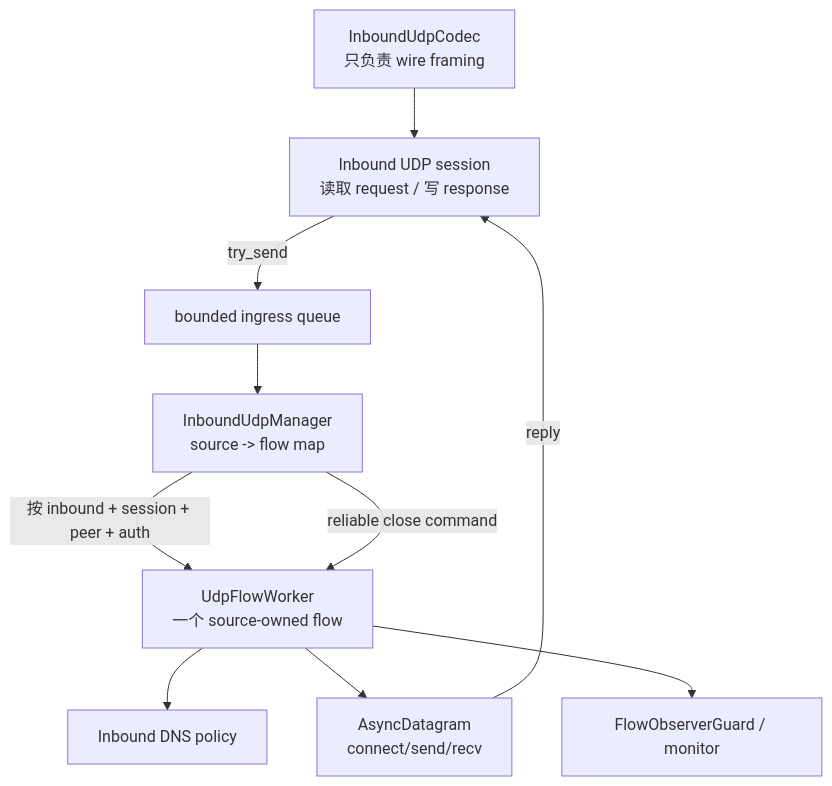
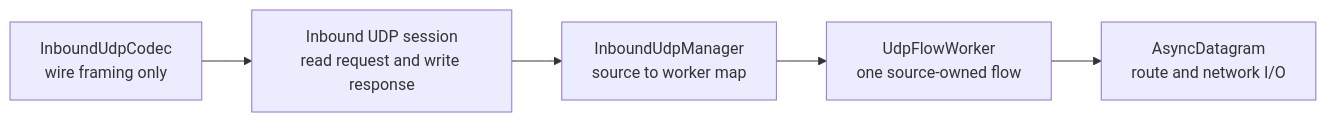
One commit to yuhaiin/doradus changed the sixth of 11 diagrams in docs/ARCHITECTURE.md. Above: the diagram before and after it, drawn with Mermaid. The commit also changed other lines of this file and 9 other files, not shown here.

````diff
--- a/docs/ARCHITECTURE.md
+++ b/docs/ARCHITECTURE.md
@@ -377,21 +361,10 @@
-```mermaid
-flowchart TD
-    CODEC[InboundUdpCodec<br/>只负责 wire framing]
-    SESSION[Inbound UDP session<br/>读取 request / 写 response]
-    MANAGER[InboundUdpManager<br/>source -> flow map]
-    QUEUE1[bounded ingress queue]
-    WORKER[UdpFlowWorker<br/>一个 source-owned flow]
-    DGRAM[AsyncDatagram<br/>connect/send/recv]
-    DNS[Inbound DNS policy]
-    MON[FlowObserverGuard / monitor]
-
-    CODEC --> SESSION
-    SESSION -->|try_send| QUEUE1
-    QUEUE1 --> MANAGER
-    MANAGER -->|按 inbound + session + peer + auth| WORKER
-    WORKER --> DNS
-    WORKER --> DGRAM
-    WORKER --> MON
-    DGRAM -->|reply| SESSION
-    MANAGER -->|reliable close command| WORKER
-```
+~~~mermaid
+flowchart LR
+    CODEC[InboundUdpCodec<br/>wire framing only]
+    SESSION[Inbound UDP session<br/>read request and write response]
+    MANAGER[InboundUdpManager<br/>source to worker map]
+    WORKER[UdpFlowWorker<br/>one source-owned flow]
+    PROXY[AsyncDatagram<br/>route and network I/O]
+    CODEC --> SESSION --> MANAGER
+    MANAGER --> WORKER --> PROXY
+~~~
````
